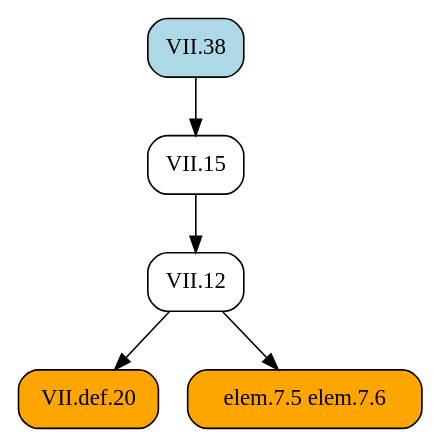
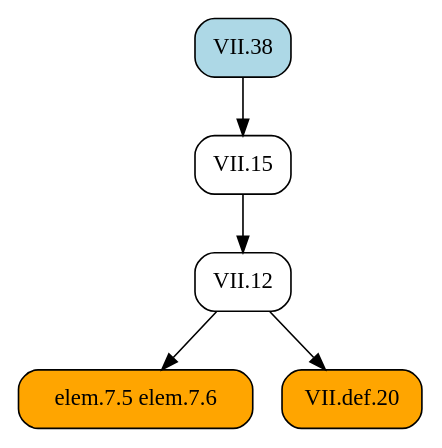
Before and after one commit to geometor/elements: the diagram in docsrc/heath/VII/38/index.rst, drawn with Graphviz. The commit also changed other lines of this file and 1029 other files, not shown here.

```diff
--- a/docsrc/heath/VII/38/index.rst
+++ b/docsrc/heath/VII/38/index.rst
@@ -30,15 +30,15 @@
 .. graphviz::
 
    digraph {
      rankdir="TB";
      node [shape=box, style=rounded];
-     "VII.def.20" [style="rounded,filled", fillcolor=orange, URL="/heath/VII/def.20/", target="_top"];
      "elem.7.5 elem.7.6" [style="rounded,filled", fillcolor=orange];
      "VII.38" [style="rounded,filled", fillcolor=lightblue, URL="/heath/VII/38/", target="_top"];
+     "VII.12" [URL="/heath/VII/12/", target="_top"];
      "VII.15" [URL="/heath/VII/15/", target="_top"];
-     "VII.12" [URL="/heath/VII/12/", target="_top"];
+     "VII.def.20" [style="rounded,filled", fillcolor=orange, URL="/heath/VII/def.20/", target="_top"];
+     "VII.12" -> "elem.7.5 elem.7.6";
+     "VII.15" -> "VII.12";
+     "VII.38" -> "VII.15";
      "VII.12" -> "VII.def.20";
-     "VII.12" -> "elem.7.5 elem.7.6";
-     "VII.38" -> "VII.15";
-     "VII.15" -> "VII.12";
    }
```
